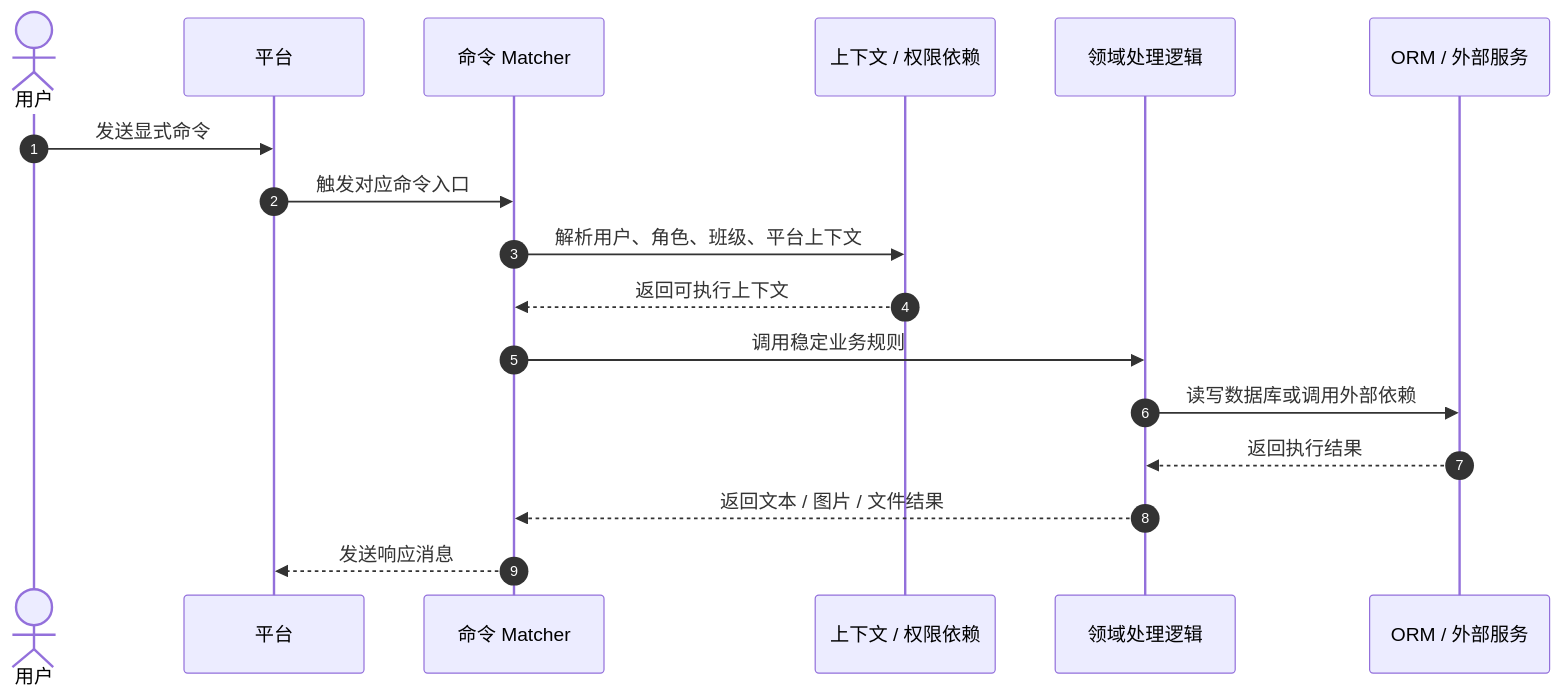
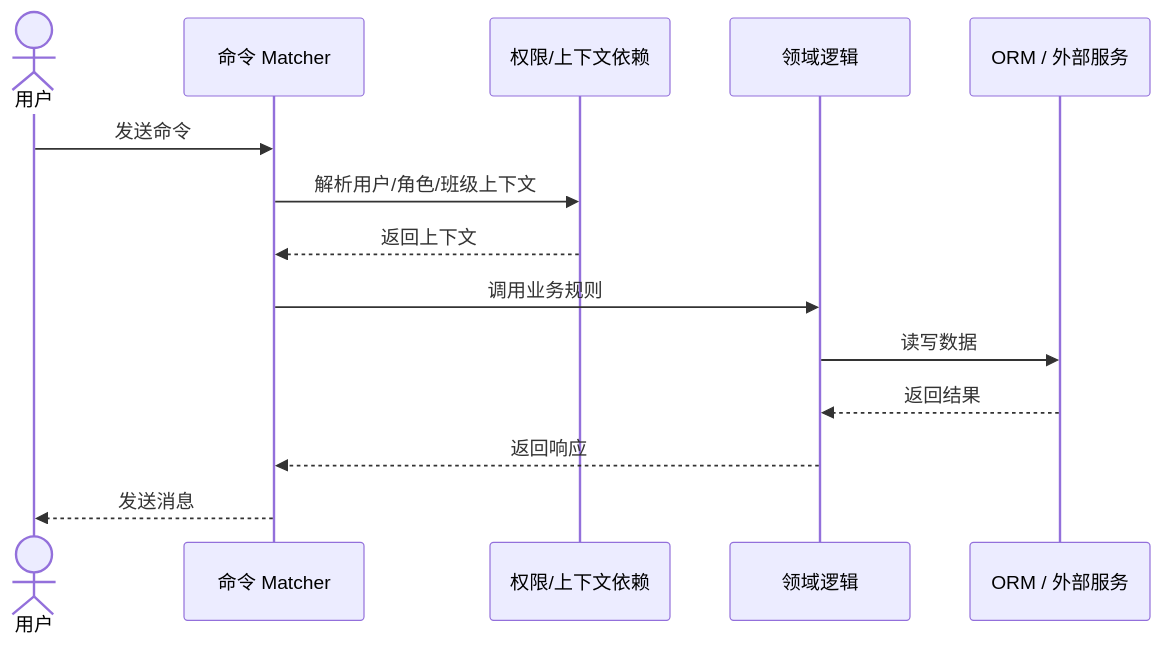
Before and after one commit to ClassRobot/ClassRobot: the fourth of 5 diagrams in docs/architecture/architecture-views.md, drawn with Mermaid. The commit also changed other lines of this file and 47 other files, not shown here.

````diff
--- a/docs/architecture/architecture-views.md
+++ b/docs/architecture/architecture-views.md
@@ -144,20 +89,17 @@
 ```mermaid
 sequenceDiagram
-    autonumber
     actor User as 用户
-    participant Platform as 平台
     participant Matcher as 命令 Matcher
-    participant Depends as 上下文 / 权限依赖
-    participant Domain as 领域处理逻辑
+    participant Depends as 权限/上下文依赖
+    participant Domain as 领域逻辑
     participant Infra as ORM / 外部服务
 
-    User->>Platform: 发送显式命令
-    Platform->>Matcher: 触发对应命令入口
-    Matcher->>Depends: 解析用户、角色、班级、平台上下文
-    Depends-->>Matcher: 返回可执行上下文
-    Matcher->>Domain: 调用稳定业务规则
-    Domain->>Infra: 读写数据库或调用外部依赖
-    Infra-->>Domain: 返回执行结果
-    Domain-->>Matcher: 返回文本 / 图片 / 文件结果
-    Matcher-->>Platform: 发送响应消息
+    User->>Matcher: 发送命令
+    Matcher->>Depends: 解析用户/角色/班级上下文
+    Depends-->>Matcher: 返回上下文
+    Matcher->>Domain: 调用业务规则
+    Domain->>Infra: 读写数据
+    Infra-->>Domain: 返回结果
+    Domain-->>Matcher: 返回响应
+    Matcher-->>User: 发送消息
 ```
````
